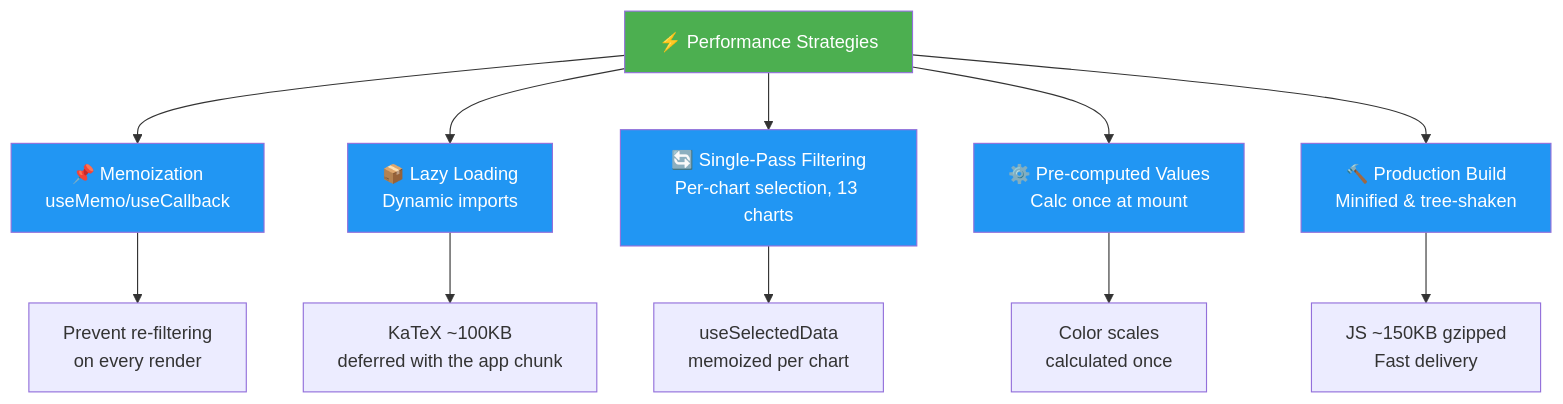
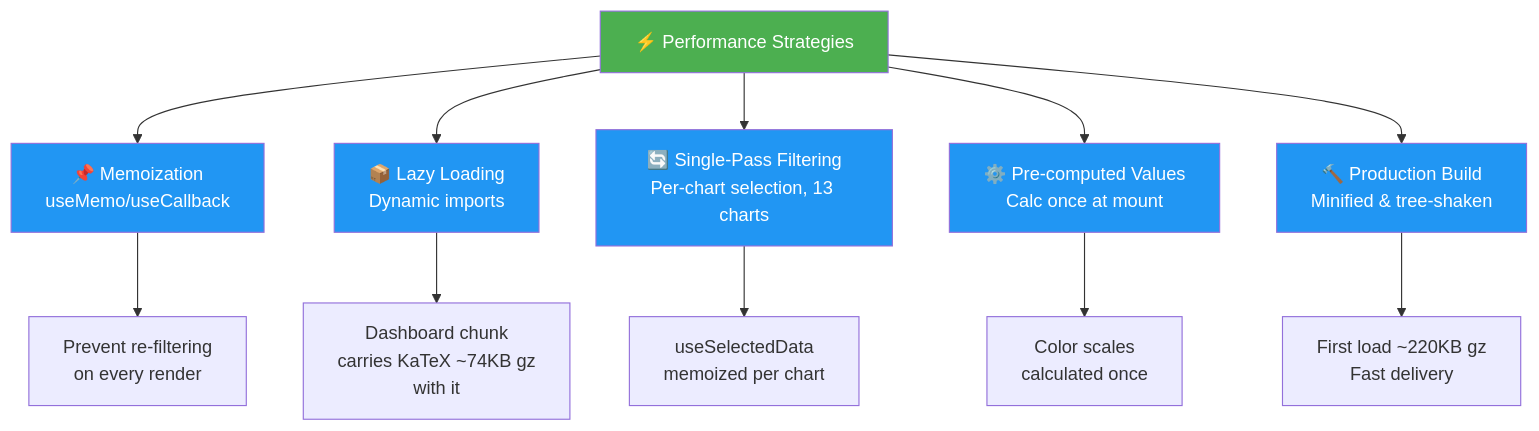
One commit to RetroHazard/JP_Immigration_Dashboard changed diagram 13 of 17 in ARCHITECTURE.md. Above: the diagram before and after it, drawn with Mermaid. The commit also changed other lines of this file and 62 other files, not shown here.

First line of the commit message:
Add per-chart data tables, policy event markers, and estimation formula breakdown (#89)

````diff
--- a/ARCHITECTURE.md
+++ b/ARCHITECTURE.md
@@ -626,23 +705,23 @@
 ```mermaid
 graph TD
     PERF["⚡ Performance Strategies"]
     
     PERF --> MEMO["📌 Memoization<br/>useMemo/useCallback"]
     PERF --> LAZY["📦 Lazy Loading<br/>Dynamic imports"]
     PERF --> SINGLE["🔄 Single-Pass Filtering<br/>Per-chart selection, 13 charts"]
     PERF --> PRECOMP["⚙️ Pre-computed Values<br/>Calc once at mount"]
     PERF --> BUILD["🔨 Production Build<br/>Minified & tree-shaken"]
     
     MEMO --> EXAMPLE1["Prevent re-filtering<br/>on every render"]
-    LAZY --> EXAMPLE2["KaTeX ~100KB<br/>deferred with the app chunk"]
+    LAZY --> EXAMPLE2["Dashboard chunk<br/>carries KaTeX ~74KB gz<br/>with it"]
     SINGLE --> EXAMPLE3["useSelectedData<br/>memoized per chart"]
     PRECOMP --> EXAMPLE4["Color scales<br/>calculated once"]
-    BUILD --> EXAMPLE5["JS ~150KB gzipped<br/>Fast delivery"]
+    BUILD --> EXAMPLE5["First load ~220KB gz<br/>Fast delivery"]
     
     style PERF fill:#4CAF50,color:#fff
     style MEMO fill:#2196F3,color:#fff
     style LAZY fill:#2196F3,color:#fff
     style SINGLE fill:#2196F3,color:#fff
     style PRECOMP fill:#2196F3,color:#fff
     style BUILD fill:#2196F3,color:#fff
 ```
````
